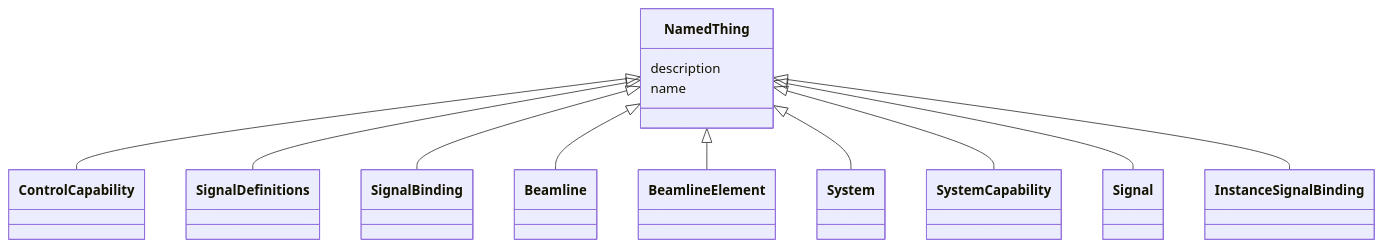
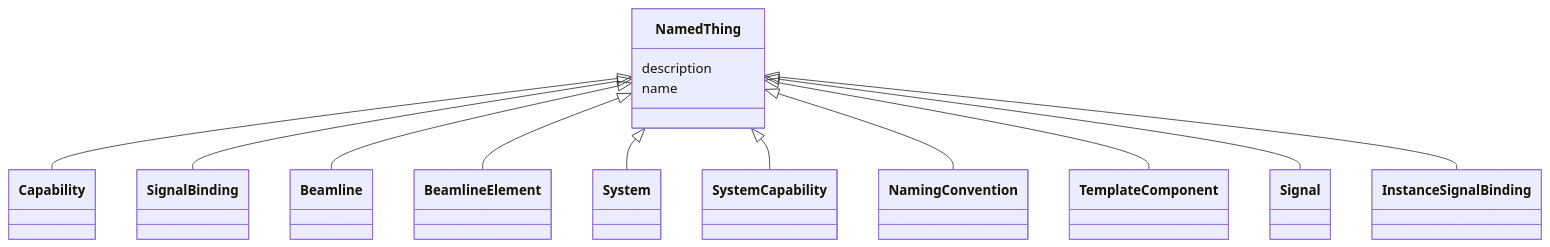
Before and after one commit to pals-project/pals-facility-config: the diagram in docs/elements/NamedThing.md, drawn with Mermaid. The commit also changed other lines of this file and 133 other files, not shown here.

Commit message:
Updated documentation, project files, pydantic defintion, and the schema to correctly represent the relationships in the NARAD schema/ontology

````diff
--- a/docs/elements/NamedThing.md
+++ b/docs/elements/NamedThing.md
@@ -20,29 +20,31 @@
 ```mermaid
  classDiagram
     class NamedThing
     click NamedThing href "../NamedThing/"
-      NamedThing <|-- ControlCapability
-        click ControlCapability href "../ControlCapability/"
-      NamedThing <|-- SignalDefinitions
-        click SignalDefinitions href "../SignalDefinitions/"
+      NamedThing <|-- Capability
+        click Capability href "../Capability/"
       NamedThing <|-- SignalBinding
         click SignalBinding href "../SignalBinding/"
       NamedThing <|-- Beamline
         click Beamline href "../Beamline/"
       NamedThing <|-- BeamlineElement
         click BeamlineElement href "../BeamlineElement/"
       NamedThing <|-- System
         click System href "../System/"
       NamedThing <|-- SystemCapability
         click SystemCapability href "../SystemCapability/"
+      NamedThing <|-- NamingConvention
+        click NamingConvention href "../NamingConvention/"
+      NamedThing <|-- TemplateComponent
+        click TemplateComponent href "../TemplateComponent/"
       NamedThing <|-- Signal
         click Signal href "../Signal/"
       NamedThing <|-- InstanceSignalBinding
         click InstanceSignalBinding href "../InstanceSignalBinding/"
       
       NamedThing : description
         
       NamedThing : name
         
       
 ```
````
